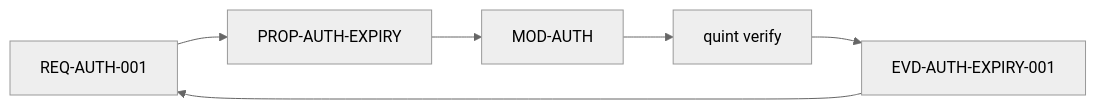
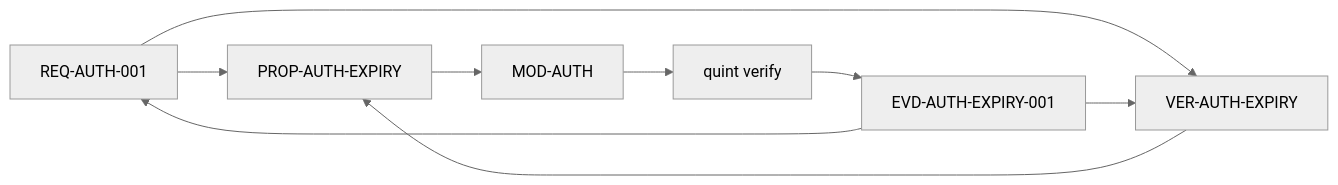
Before and after one commit to joaosimsic/spec-framework: the diagram in docs/architecture/formal-layer.md, drawn with Mermaid (neutral theme). The commit also changed other lines of this file and 40 other files, not shown here.

````diff
--- a/docs/architecture/formal-layer.md
+++ b/docs/architecture/formal-layer.md
@@ -74,8 +74,11 @@
 ```mermaid
 flowchart LR
     REQ[REQ-AUTH-001] --> PROP[PROP-AUTH-EXPIRY]
+    REQ --> VER[VER-AUTH-EXPIRY]
+    VER --> PROP
     PROP --> MOD[MOD-AUTH]
     MOD --> CHECK[quint verify]
     CHECK --> EVD[EVD-AUTH-EXPIRY-001]
+    EVD --> VER
     EVD --> REQ
 ```
````
